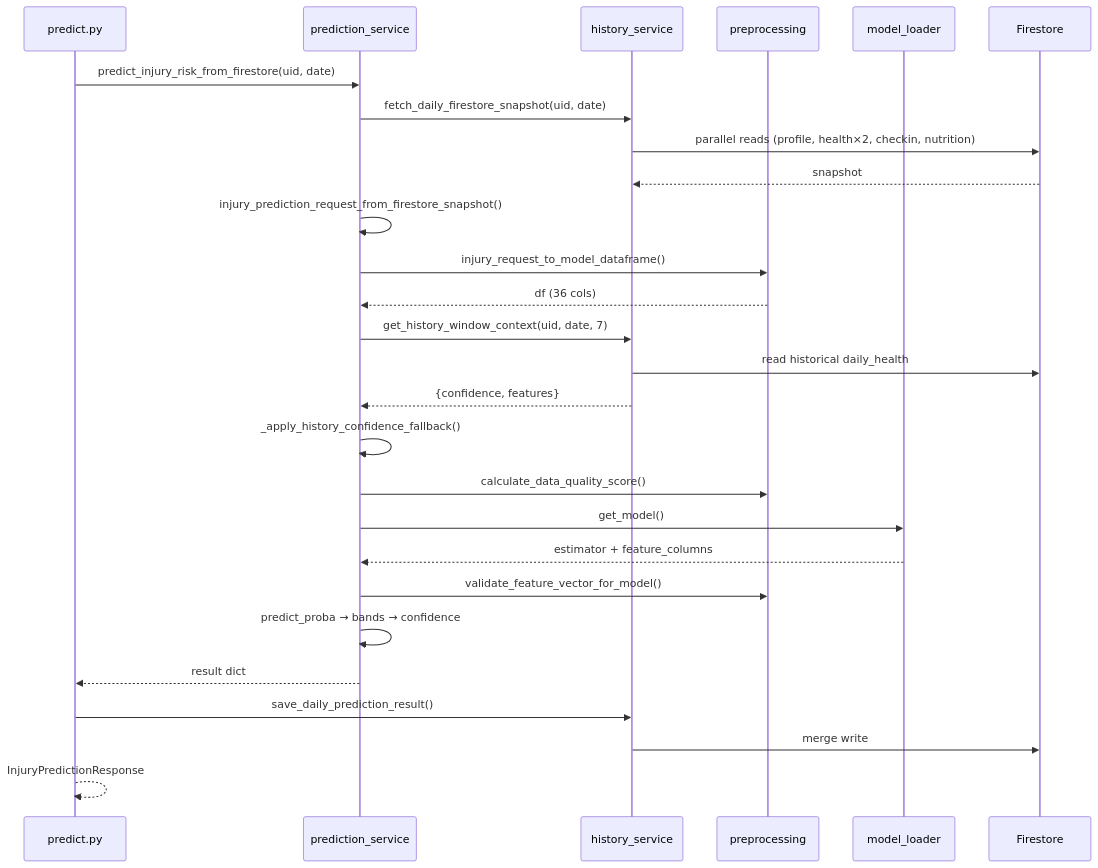
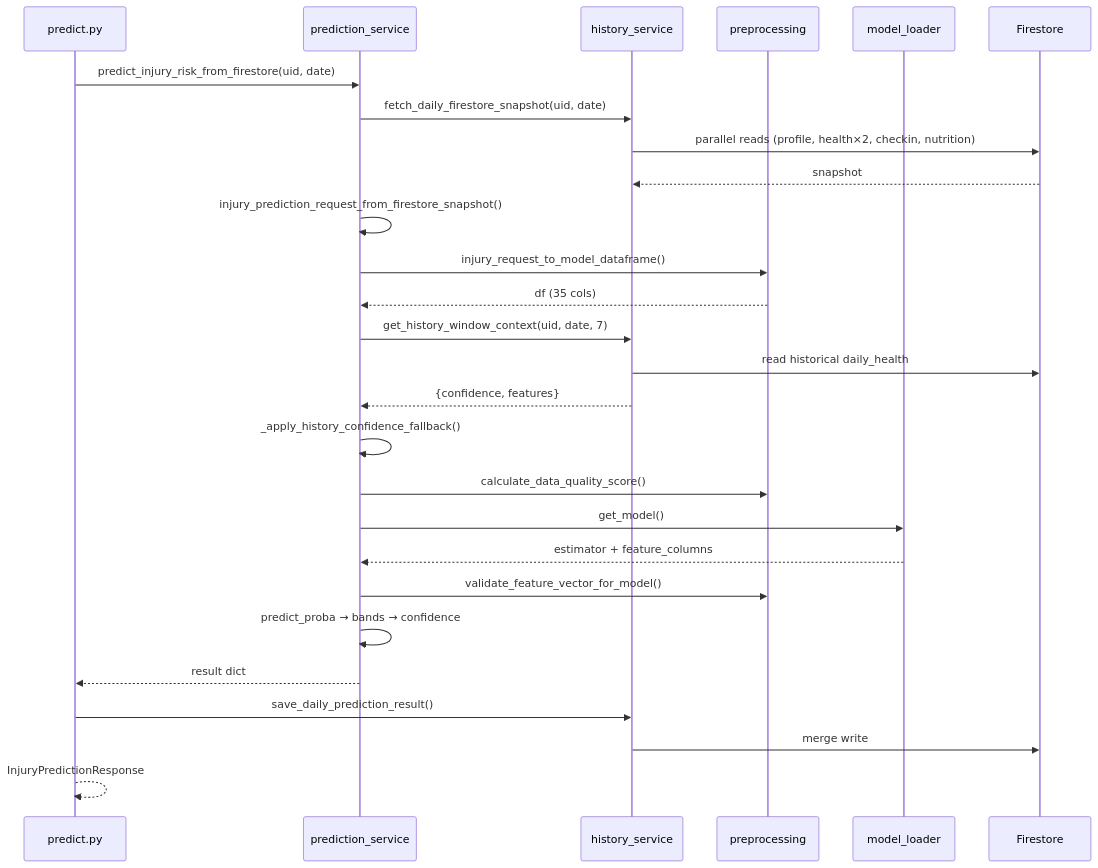
The first of 2 diagrams in backend/docs/LLD.md (yahav97/final_project_AthleAgent), drawn with Mermaid before and after one commit. The commit also changed other lines of this file and 46 other files, not shown here.

````diff
--- a/backend/docs/LLD.md
+++ b/backend/docs/LLD.md
@@ -418,30 +421,30 @@
 ```mermaid
 sequenceDiagram
     participant R as predict.py
     participant PS as prediction_service
     participant HS as history_service
     participant PP as preprocessing
     participant ML as model_loader
     participant FS as Firestore
 
     R->>PS: predict_injury_risk_from_firestore(uid, date)
     PS->>HS: fetch_daily_firestore_snapshot(uid, date)
     HS->>FS: parallel reads (profile, health×2, checkin, nutrition)
     FS-->>HS: snapshot
     PS->>PS: injury_prediction_request_from_firestore_snapshot()
     PS->>PP: injury_request_to_model_dataframe()
-    PP-->>PS: df (36 cols)
+    PP-->>PS: df (35 cols)
     PS->>HS: get_history_window_context(uid, date, 7)
     HS->>FS: read historical daily_health
     HS-->>PS: {confidence, features}
     PS->>PS: _apply_history_confidence_fallback()
     PS->>PP: calculate_data_quality_score()
     PS->>ML: get_model()
     ML-->>PS: estimator + feature_columns
     PS->>PP: validate_feature_vector_for_model()
     PS->>PS: predict_proba → bands → confidence
     PS-->>R: result dict
     R->>HS: save_daily_prediction_result()
     HS->>FS: merge write
     R-->>R: InjuryPredictionResponse
 ```
````
